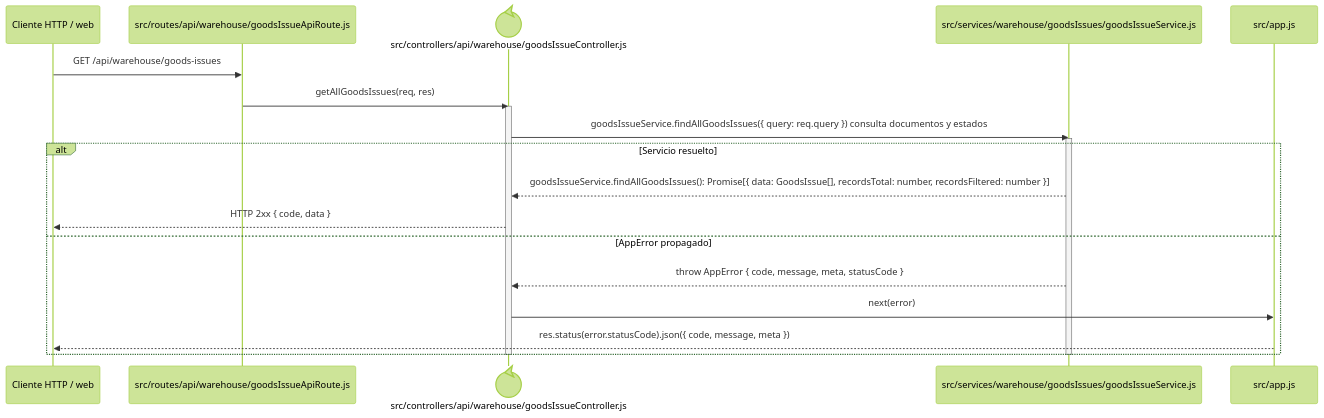
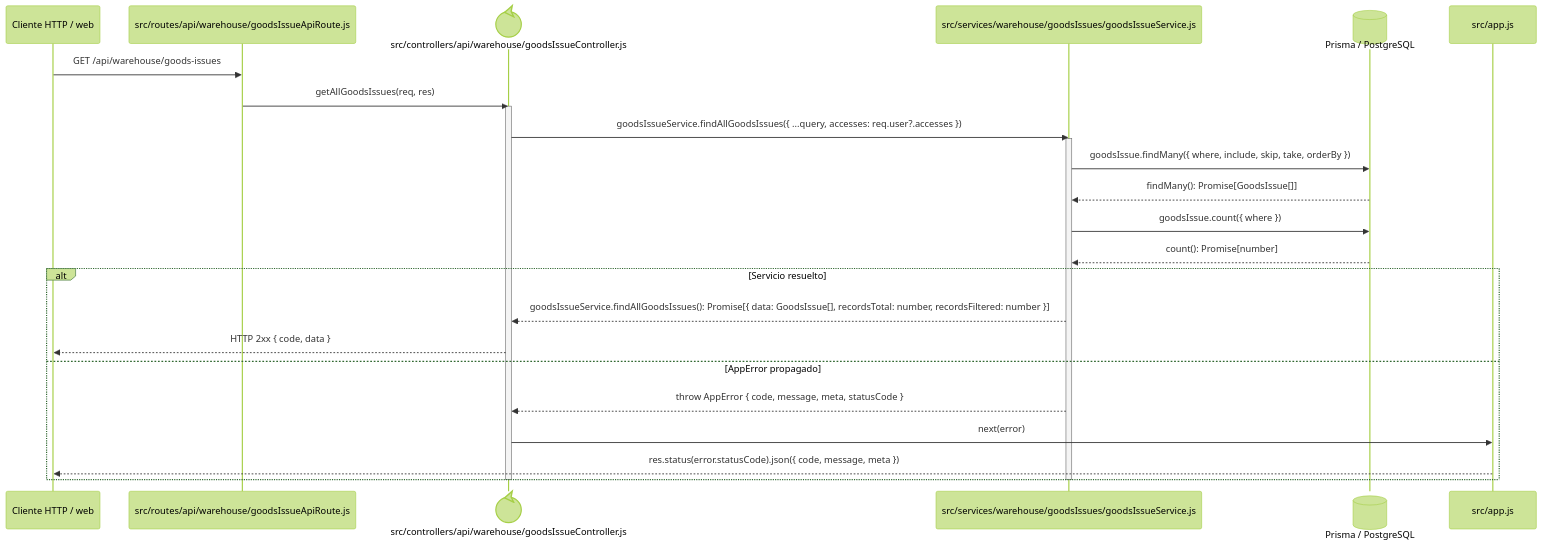
One commit to gpgsistemas01/nexus changed the diagram in docs/architecture/backend-code-sequences/issues/cu-sal-01.md. Above: the diagram before and after it, drawn with Mermaid (forest theme). The commit also changed 22 other files, not shown here.

````diff
--- a/docs/architecture/backend-code-sequences/issues/cu-sal-01.md
+++ b/docs/architecture/backend-code-sequences/issues/cu-sal-01.md
@@ -6,24 +6,29 @@
 ```mermaid
 sequenceDiagram
     participant Client as Cliente HTTP / web
     participant Route as src/routes/api/warehouse/goodsIssueApiRoute.js
     participant Controller@{ "type": "control" } as src/controllers/api/warehouse/goodsIssueController.js
     participant Domain as src/services/warehouse/goodsIssues/goodsIssueService.js
+    participant Prisma@{ "type": "database" } as Prisma / PostgreSQL
     participant ErrorHandler as src/app.js
 
     Client->>Route: GET /api/warehouse/goods-issues
     Route->>Controller: getAllGoodsIssues(req, res)
     activate Controller
-    Controller->>Domain: goodsIssueService.findAllGoodsIssues({ query: req.query }) consulta documentos y estados
+    Controller->>Domain: goodsIssueService.findAllGoodsIssues({ ...query, accesses: req.user?.accesses })
     activate Domain
+    Domain->>Prisma: goodsIssue.findMany({ where, include, skip, take, orderBy })
+    Prisma-->>Domain: findMany(): Promise[GoodsIssue[]]
+    Domain->>Prisma: goodsIssue.count({ where })
+    Prisma-->>Domain: count(): Promise[number]
     alt Servicio resuelto
         Domain-->>Controller: goodsIssueService.findAllGoodsIssues(): Promise[{ data: GoodsIssue[], recordsTotal: number, recordsFiltered: number }]
         Controller-->>Client: HTTP 2xx { code, data }
     else AppError propagado
         Domain-->>Controller: throw AppError { code, message, meta, statusCode }
         Controller->>ErrorHandler: next(error)
         ErrorHandler-->>Client: res.status(error.statusCode).json({ code, message, meta })
     end
     deactivate Domain
     deactivate Controller
 ```
````
